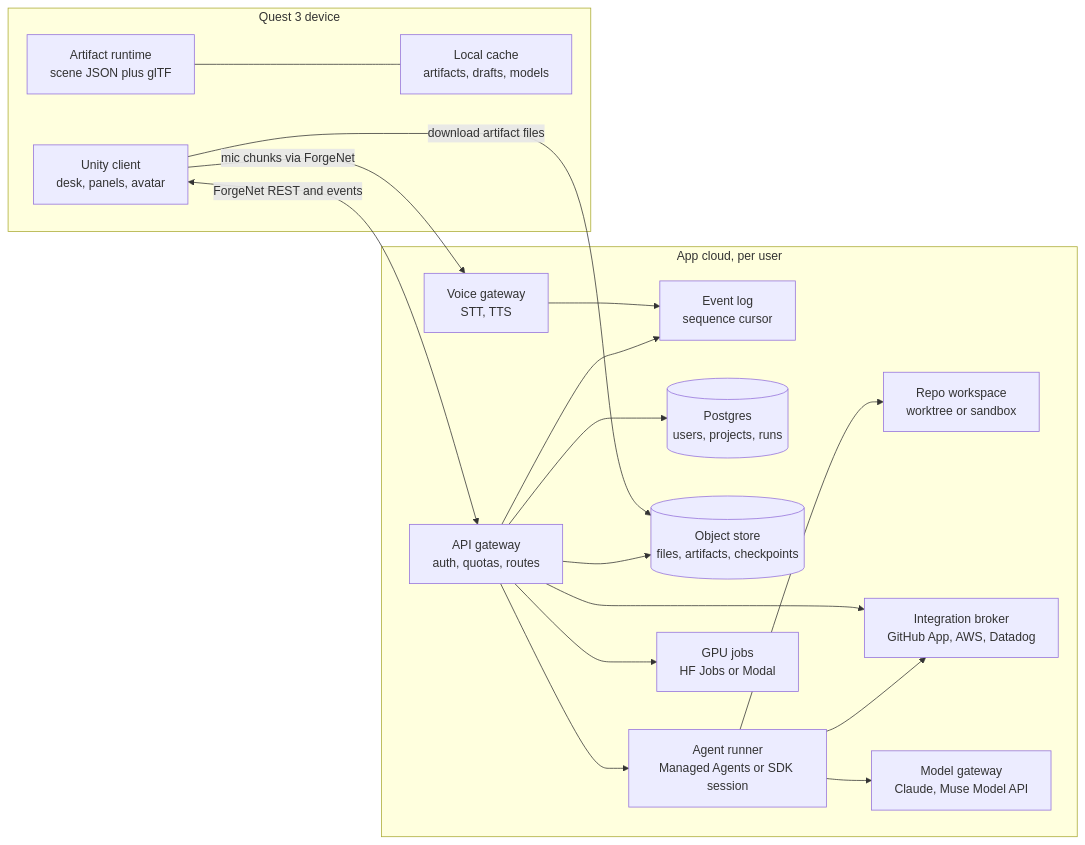
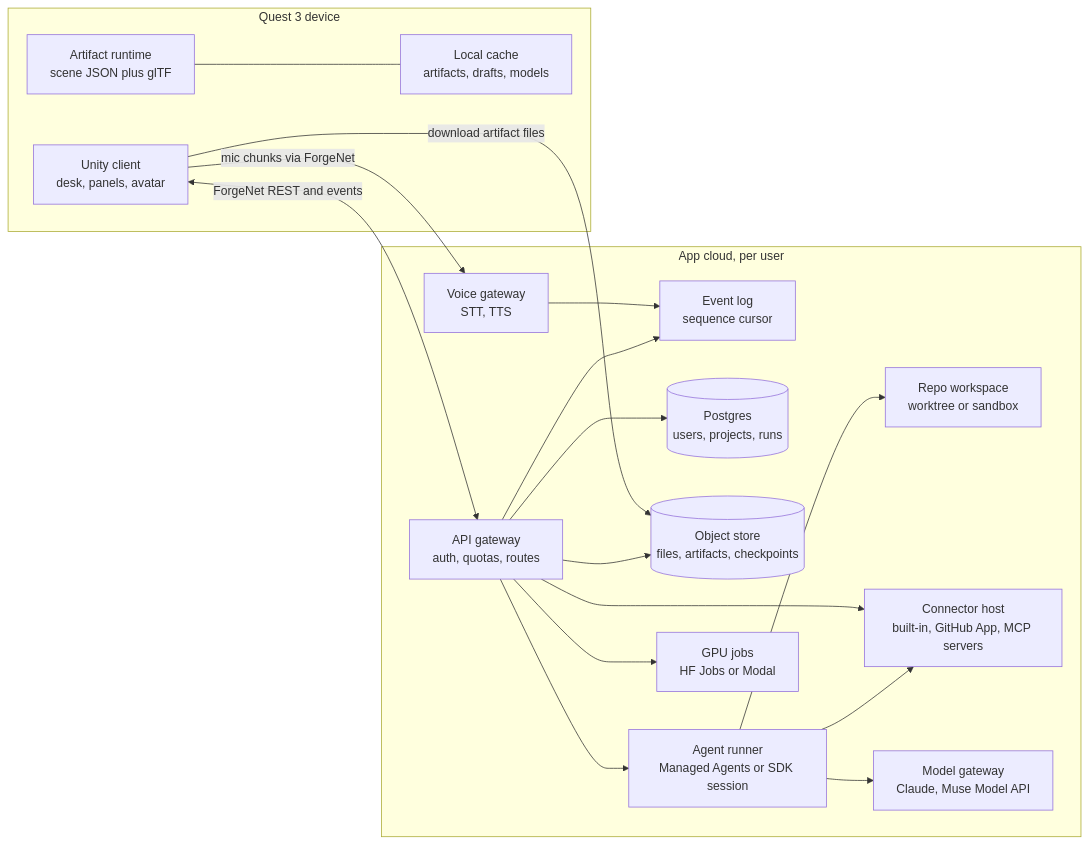
The diagram in PROJECT_CONTEXT.md (builtbyd3v/albie-vr), drawn with Mermaid before and after one commit. The commit also changed other lines of this file and 1 other file, not shown here.

First line of the commit message:
Plan: any-connector artifacts, messages on a Meta service, Meta first, five-person split

````diff
--- a/PROJECT_CONTEXT.md
+++ b/PROJECT_CONTEXT.md
@@ -483,34 +592,34 @@
 ```mermaid
 flowchart LR
   subgraph DEV["Quest 3 device"]
     U["Unity client<br/>desk, panels, avatar"]
     C["Local cache<br/>artifacts, drafts, models"]
     A["Artifact runtime<br/>scene JSON plus glTF"]
   end
   subgraph CLOUD["App cloud, per user"]
     G["API gateway<br/>auth, quotas, routes"]
     E["Event log<br/>sequence cursor"]
     DB[("Postgres<br/>users, projects, runs")]
     R2[("Object store<br/>files, artifacts, checkpoints")]
     RUN["Agent runner<br/>Managed Agents or SDK session"]
     WS["Repo workspace<br/>worktree or sandbox"]
     GPU["GPU jobs<br/>HF Jobs or Modal"]
-    INT["Integration broker<br/>GitHub App, AWS, Datadog"]
+    INT["Connector host<br/>built-in, GitHub App, MCP servers"]
     MG["Model gateway<br/>Claude, Muse Model API"]
     VG["Voice gateway<br/>STT, TTS"]
   end
   U <-->|"ForgeNet REST and events"| G
   G --> E
   G --> DB
   G --> R2
   G --> RUN
   RUN --> WS
   RUN --> MG
   RUN --> INT
   G --> GPU
   G --> INT
   U -->|"mic chunks via ForgeNet"| VG
   VG --> E
   U -->|"download artifact files"| R2
   A --- C
 ```
````
